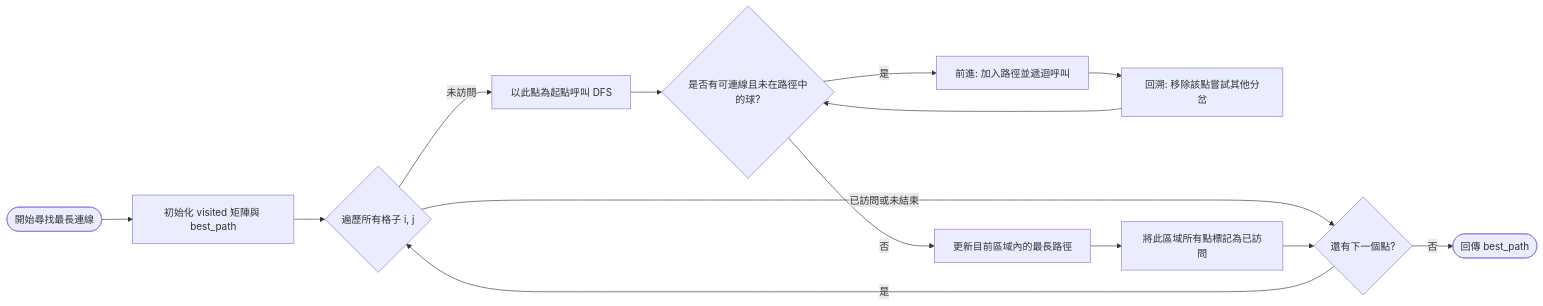
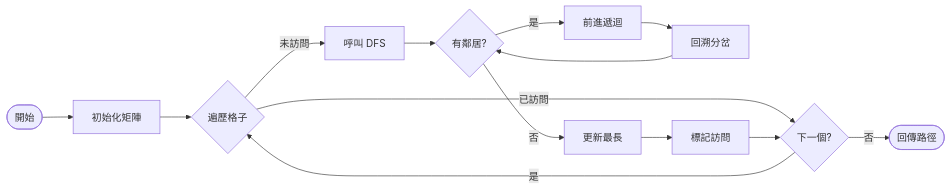
Before and after one commit to Yoyo-ace1110/Collect-Em-All: the second of 2 diagrams in 流程圖.md, drawn with Mermaid. The commit also changed other lines of this file, not shown here.

Commit message:
Refactor flowchart for clarity and structure

````diff
--- a/流程圖.md
+++ b/流程圖.md
@@ -26,20 +24,20 @@
 ```mermaid
 flowchart LR
-    Start([開始尋找最長連線]) --> Init[初始化 visited 矩陣與 best_path]
-    Init --> LoopStart{遍歷所有格子 i, j}
+    Start([開始]) --> Init[初始化矩陣]
+    Init --> Loop{遍歷格子}
     
-    LoopStart -- 已訪問或未結束 --> Next{還有下一個點?}
-    Next -- 是 --> LoopStart
-    Next -- 否 --> End([回傳 best_path])
+    Loop -- 已訪問 --> Next{下一個?}
+    Next -- 是 --> Loop
+    Next -- 否 --> End([回傳路徑])
     
-    LoopStart -- 未訪問 --> CallDFS[以此點為起點呼叫 DFS]
-    CallDFS --> DFSCheck{是否有可連線且未在路徑中的球?}
+    Loop -- 未訪問 --> Call[呼叫 DFS]
+    Call --> Check{有鄰居?}
     
-    DFSCheck -- 是 --> Forward[前進: 加入路徑並遞迴呼叫]
-    Forward --> Backtrack[回溯: 移除該點嘗試其他分岔]
-    Backtrack --> DFSCheck
+    Check -- 是 --> Forward[前進遞迴]
+    Forward --> Back[回溯分岔]
+    Back --> Check
     
-    DFSCheck -- 否 --> Compare[更新目前區域內的最長路徑]
-    Compare --> MarkVisited[將此區域所有點標記為已訪問]
-    MarkVisited --> Next
+    Check -- 否 --> Update[更新最長]
+    Update --> Mark[標記訪問]
+    Mark --> Next
 ```
````
